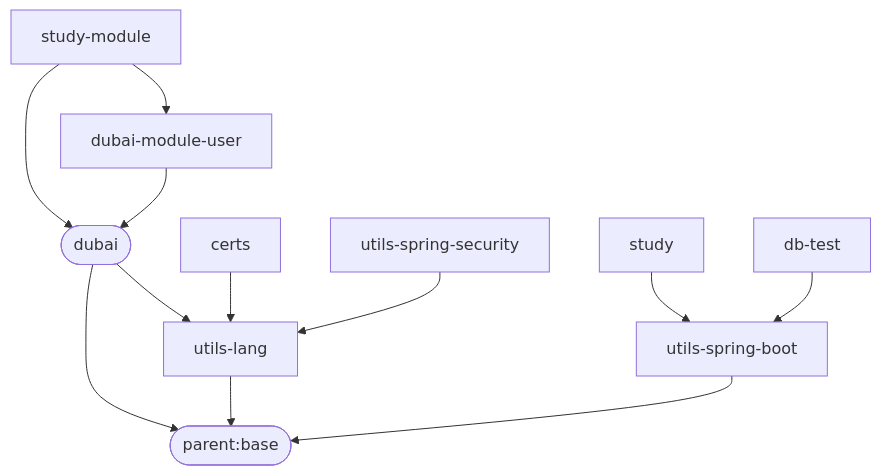
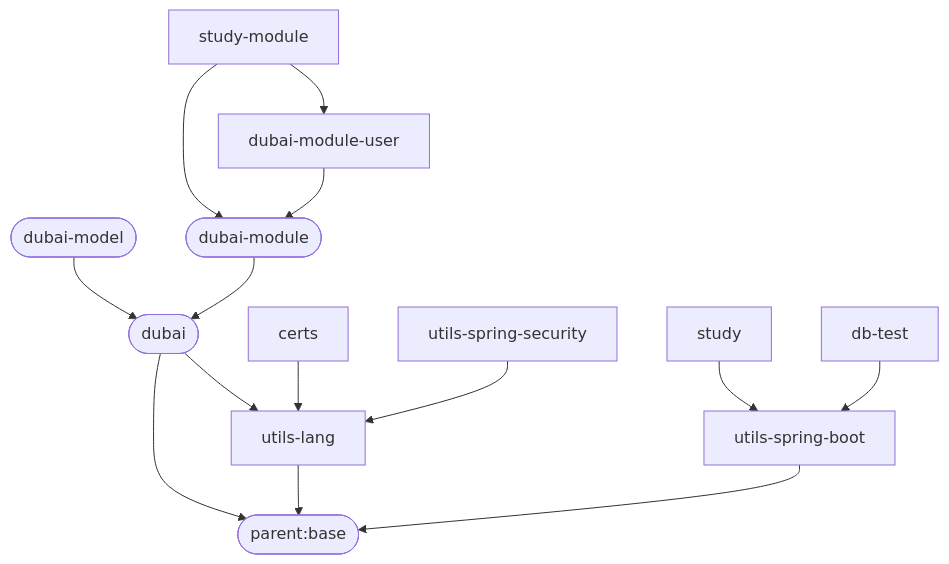
The diagram in README.md (dbstarll/dbstarll.github.io), drawn with Mermaid before and after one commit.

Commit message:
自定义边框

````diff
--- a/README.md
+++ b/README.md
@@ -12,21 +12,23 @@
 ```mermaid
 graph TD;
     parent.base([parent:base]);
 
     utils-lang-->parent.base;
 
     utils-spring-boot-->parent.base;
 
     dubai([dubai])-->parent.base;
+    dubai-model([dubai-model])-->dubai;
+    dubai-module([dubai-module])-->dubai;
     dubai-->utils-lang;
     
-    dubai-module-user-->dubai;
+    dubai-module-user-->dubai-module;
 
-    study-module-->dubai;
+    study-module-->dubai-module;
     study-module-->dubai-module-user;
 
     certs-->utils-lang;
     utils-spring-security-->utils-lang;
     study-->utils-spring-boot;
     db-test-->utils-spring-boot;
 ```
````
